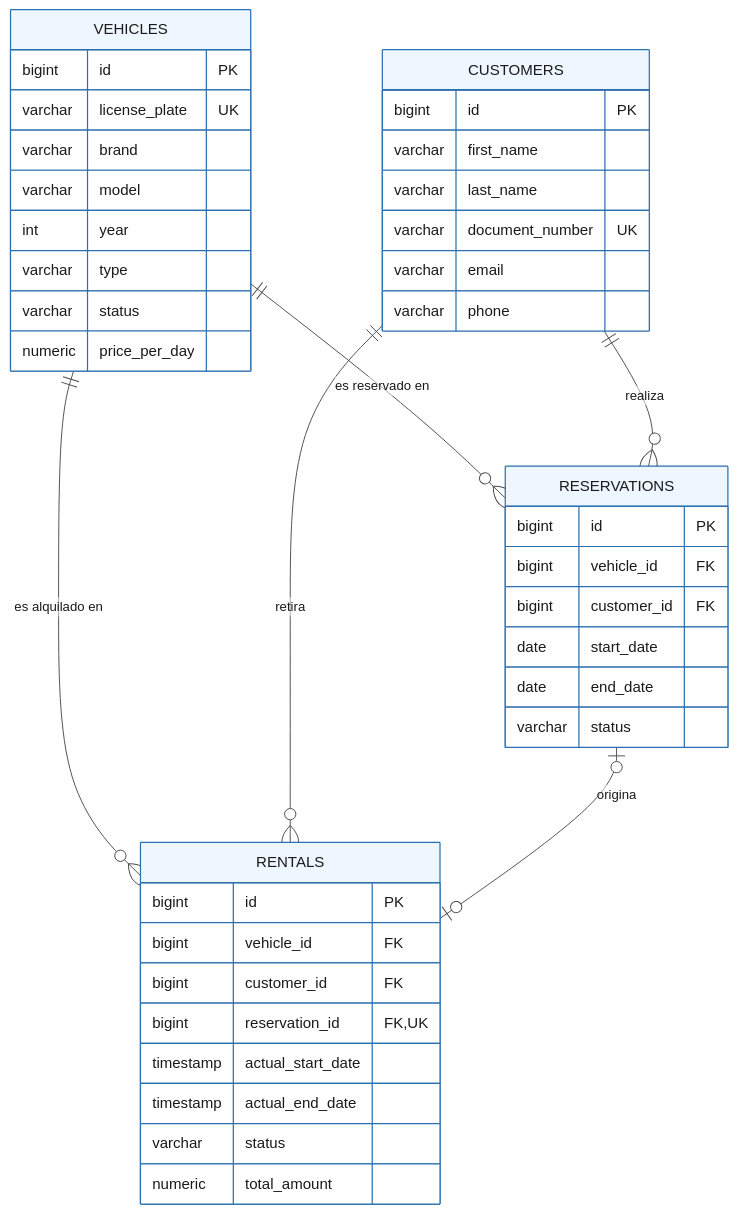
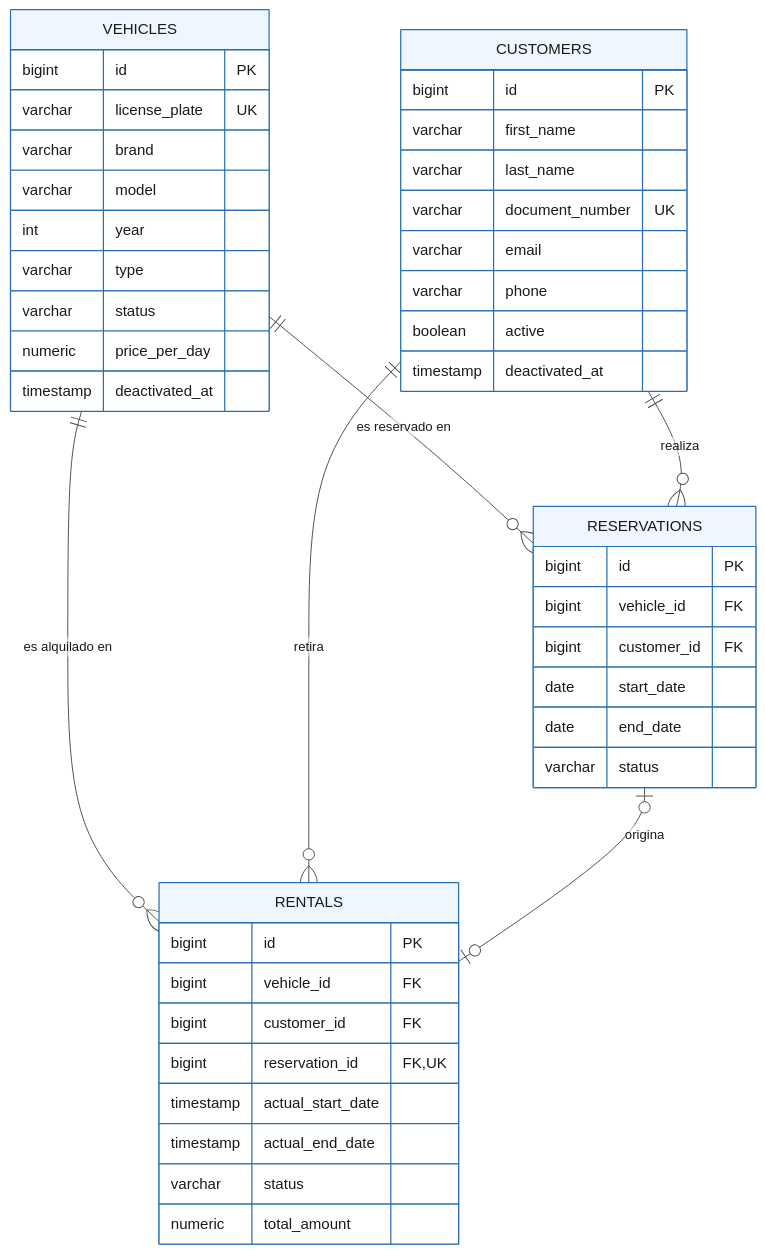
The second of 2 diagrams in docs/04-base-de-datos/03-alquileres-mariocardona970546.md (chaarlyez/Sistema_de_alquiler_de_veh-culos), drawn with Mermaid before and after one commit. The commit also changed other lines of this file and 1 other file, not shown here.

````diff
--- a/docs/04-base-de-datos/03-alquileres-mariocardona970546.md
+++ b/docs/04-base-de-datos/03-alquileres-mariocardona970546.md
@@ -219,58 +236,61 @@
 ```mermaid
 %%{init: {'theme': 'base', 'themeVariables': {
   'background': '#ffffff',
   'primaryColor': '#eef6ff',
   'primaryBorderColor': '#2a6fb0',
   'primaryTextColor': '#1a1a1a',
   'lineColor': '#4a4a4a',
   'textColor': '#1a1a1a',
   'attributeBackgroundColorOdd': '#f7f9fb',
   'attributeBackgroundColorEven': '#ffffff'
 }}}%%
 erDiagram
     VEHICLES ||--o{ RESERVATIONS : "es reservado en"
     CUSTOMERS ||--o{ RESERVATIONS : "realiza"
     VEHICLES ||--o{ RENTALS : "es alquilado en"
     CUSTOMERS ||--o{ RENTALS : "retira"
     RESERVATIONS |o--o| RENTALS : "origina"
 
     VEHICLES {
         bigint id PK
         varchar license_plate UK
         varchar brand
         varchar model
         int year
         varchar type
         varchar status
         numeric price_per_day
+        timestamp deactivated_at
     }
 
     CUSTOMERS {
         bigint id PK
         varchar first_name
         varchar last_name
         varchar document_number UK
         varchar email
         varchar phone
+        boolean active
+        timestamp deactivated_at
     }
 
     RESERVATIONS {
         bigint id PK
         bigint vehicle_id FK
         bigint customer_id FK
         date start_date
         date end_date
         varchar status
     }
 
     RENTALS {
         bigint id PK
         bigint vehicle_id FK
         bigint customer_id FK
         bigint reservation_id FK, UK
         timestamp actual_start_date
         timestamp actual_end_date
         varchar status
         numeric total_amount
     }
 ```
````
